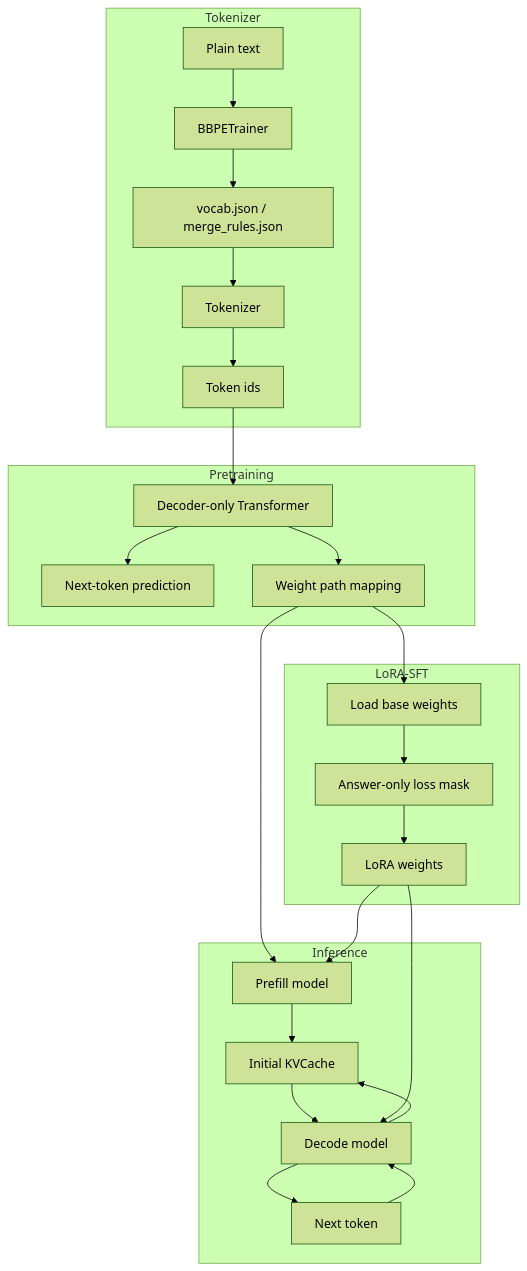
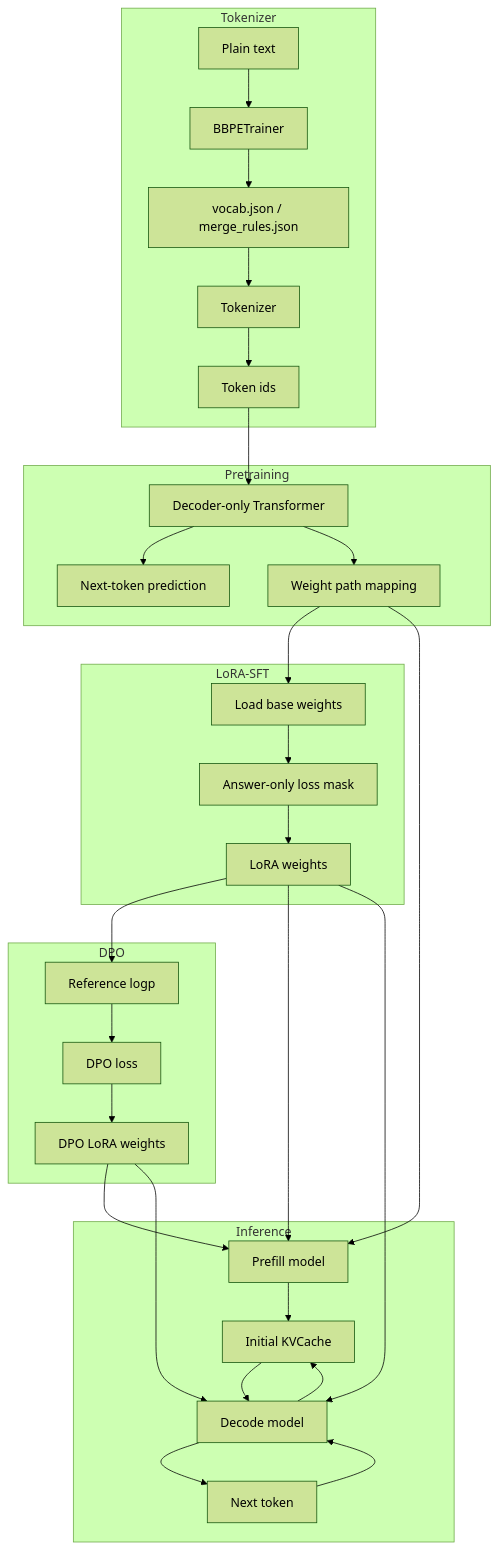
Before and after one commit to huzhen-ah/mini-llm-demo: the diagram in README.md, drawn with Mermaid (forest theme). The commit also changed other lines of this file and 7 other files, not shown here.

Commit message:
Add LoRA DPO training flow

````diff
--- a/README.md
+++ b/README.md
@@ -16,32 +17,40 @@
 ```mermaid
 flowchart TB
     subgraph T["Tokenizer"]
         A["Plain text"] --> B["BBPETrainer"]
         B --> C["vocab.json / merge_rules.json"]
         C --> D["Tokenizer"]
         D --> E["Token ids"]
     end
 
     subgraph P["Pretraining"]
         E --> F["Decoder-only Transformer"]
         F --> G["Next-token prediction"]
         F --> H["Weight path mapping"]
     end
 
     subgraph S["LoRA-SFT"]
         H --> N["Load base weights"]
         N --> O["Answer-only loss mask"]
         O --> Q["LoRA weights"]
     end
 
+    subgraph DPO["DPO"]
+        Q --> R["Reference logp"]
+        R --> S2["DPO loss"]
+        S2 --> T2["DPO LoRA weights"]
+    end
+
     subgraph I["Inference"]
         H --> J["Prefill model"]
         Q --> J
+        T2 --> J
         J --> K["Initial KVCache"]
         K --> L["Decode model"]
         Q --> L
+        T2 --> L
         L --> M["Next token"]
         M --> L
         L --> K
     end
 ```
````
